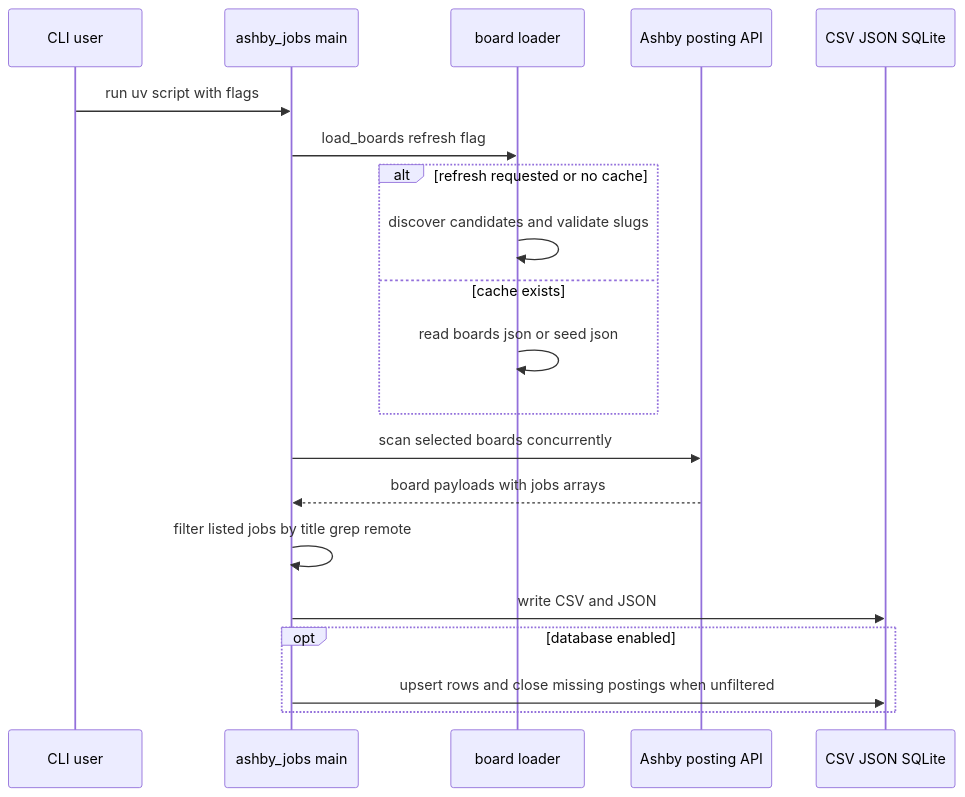
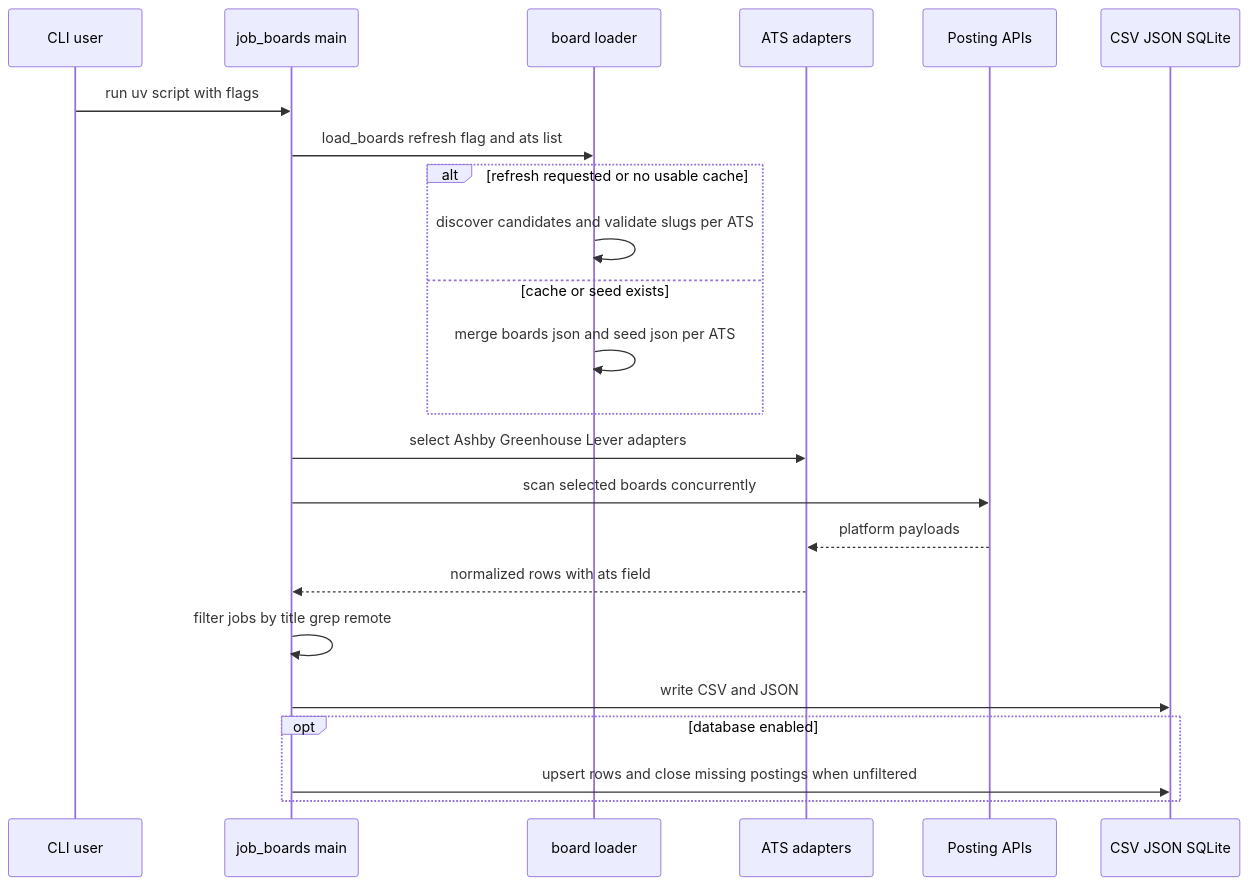
One commit to dlibis/job-boards changed the diagram in openwiki/architecture/overview.md. Above: the diagram before and after it, drawn with Mermaid. The commit also changed other lines of this file and 22 other files, not shown here.

First line of the commit message:
Add Greenhouse and Lever alongside Ashby (#1)

````diff
--- a/openwiki/architecture/overview.md
+++ b/openwiki/architecture/overview.md
@@ -14,22 +14,25 @@
 ```mermaid
 sequenceDiagram
     participant User as CLI user
-    participant Main as ashby_jobs main
+    participant Main as job_boards main
     participant Boards as board loader
-    participant API as Ashby posting API
+    participant Sources as ATS adapters
+    participant API as Posting APIs
     participant Outputs as CSV JSON SQLite
     User->>Main: run uv script with flags
-    Main->>Boards: load_boards refresh flag
-    alt refresh requested or no cache
-        Boards->>Boards: discover candidates and validate slugs
-    else cache exists
-        Boards->>Boards: read boards json or seed json
+    Main->>Boards: load_boards refresh flag and ats list
+    alt refresh requested or no usable cache
+        Boards->>Boards: discover candidates and validate slugs per ATS
+    else cache or seed exists
+        Boards->>Boards: merge boards json and seed json per ATS
     end
+    Main->>Sources: select Ashby Greenhouse Lever adapters
     Main->>API: scan selected boards concurrently
-    API-->>Main: board payloads with jobs arrays
-    Main->>Main: filter listed jobs by title grep remote
+    API-->>Sources: platform payloads
+    Sources-->>Main: normalized rows with ats field
+    Main->>Main: filter jobs by title grep remote
     Main->>Outputs: write CSV and JSON
     opt database enabled
         Main->>Outputs: upsert rows and close missing postings when unfiltered
     end
 ```
````
